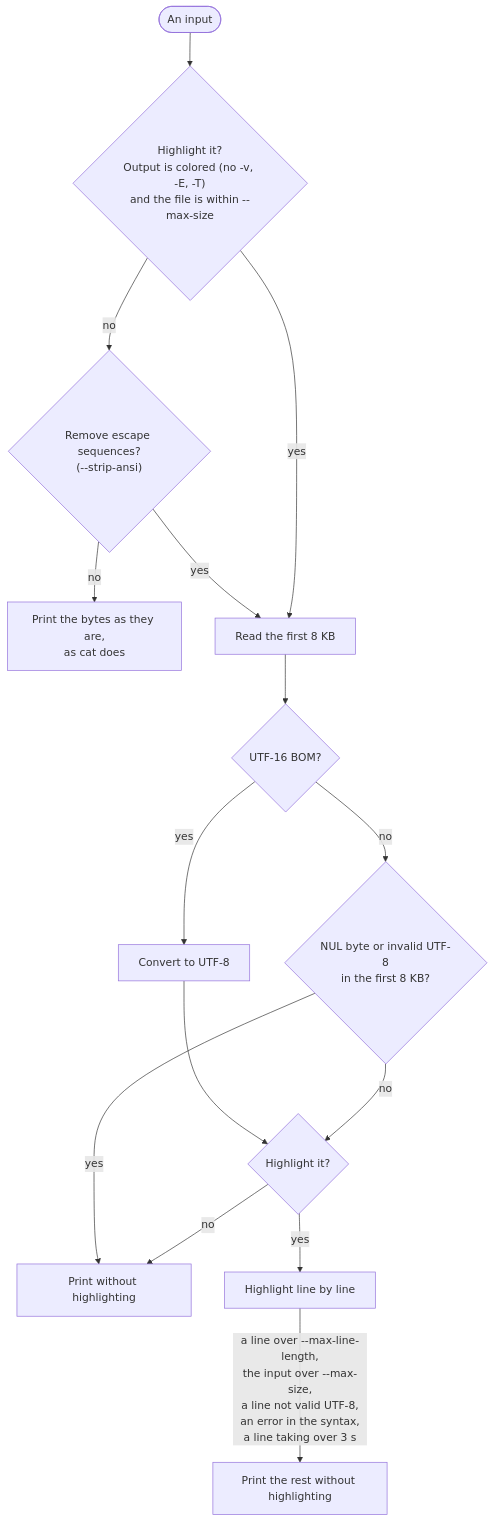
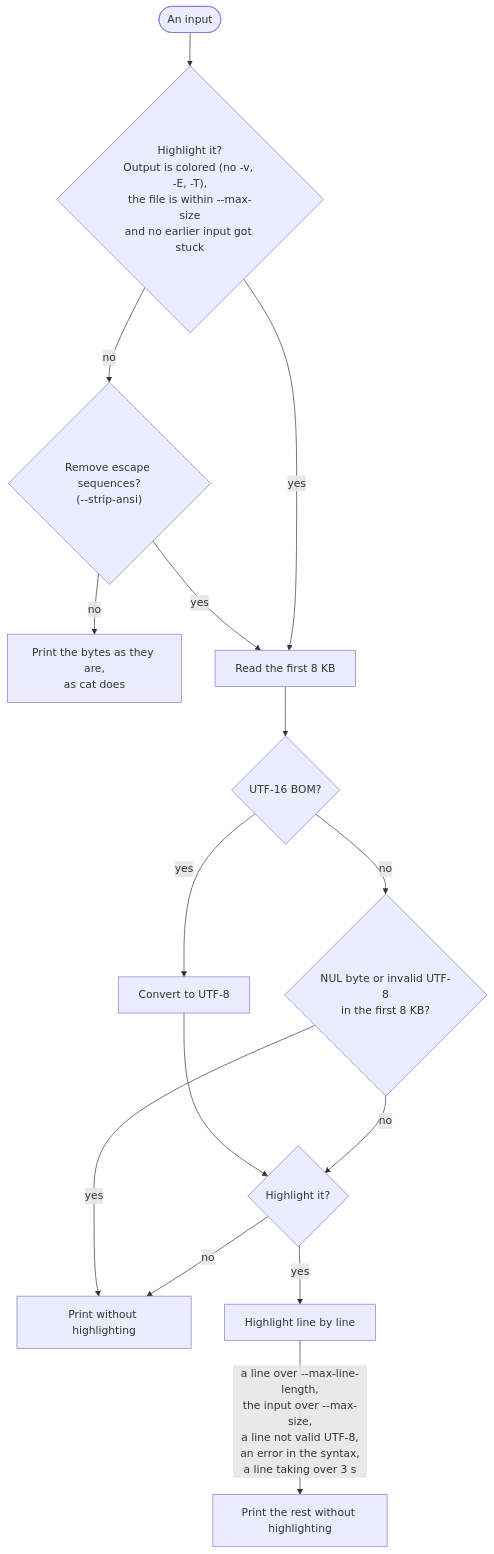
Before and after one commit to codemajin/hl: the fourth of 4 diagrams in docs/SPEC.md, drawn with Mermaid. The commit also changed other lines of this file and 9 other files, not shown here.

````diff
--- a/docs/SPEC.md
+++ b/docs/SPEC.md
@@ -151,17 +151,17 @@
 ```mermaid
 flowchart TD
-    input(["An input"]) --> hl{"Highlight it?<br/>Output is colored (no -v, -E, -T)<br/>and the file is within --max-size"}
+    input(["An input"]) --> hl{"Highlight it?<br/>Output is colored (no -v, -E, -T),<br/>the file is within --max-size<br/>and no earlier input got stuck"}
     hl -->|no| strip{"Remove escape sequences?<br/>(--strip-ansi)"}
     strip -->|no| cat["Print the bytes as they are,<br/>as cat does"]
     strip -->|yes| peek
     hl -->|yes| peek["Read the first 8 KB"]
     peek --> bom{"UTF-16 BOM?"}
     bom -->|yes| decode["Convert to UTF-8"]
     decode --> target{"Highlight it?"}
     bom -->|no| binary{"NUL byte or invalid UTF-8<br/>in the first 8 KB?"}
     binary -->|yes| plain["Print without highlighting"]
     binary -->|no| target
     target -->|no| plain
     target -->|yes| lines["Highlight line by line"]
     lines -->|"a line over --max-line-length,<br/>the input over --max-size,<br/>a line not valid UTF-8,<br/>an error in the syntax,<br/>a line taking over 3 s"| rest["Print the rest without highlighting"]
 ```
````
